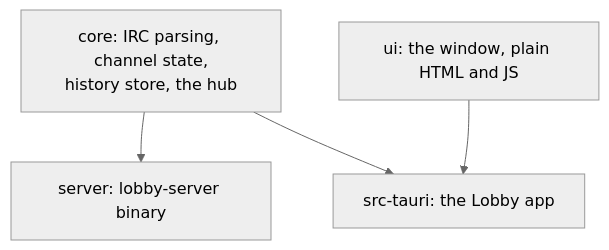
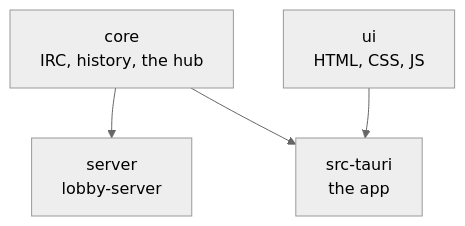
One commit to pulinairc/pulina-app changed the second of 2 diagrams in README.md. Above: the diagram before and after it, drawn with Mermaid (neutral theme). The commit also changed other lines of this file and 2 other files, not shown here.

````diff
--- a/README.md
+++ b/README.md
@@ -36,11 +164,7 @@
 ```mermaid
 flowchart TB
-    core["core: IRC parsing, channel state,<br/>history store, the hub"]
-    server["server: lobby-server binary"]
-    app["src-tauri: the Lobby app"]
-    ui["ui: the window, plain HTML and JS"]
-
-    core --> server
-    core --> app
-    ui --> app
+    core[core<br/>IRC, history, the hub]
+    core --> server[server<br/>lobby-server]
+    core --> app[src-tauri<br/>the app]
+    ui[ui<br/>HTML, CSS, JS] --> app
 ```
````
